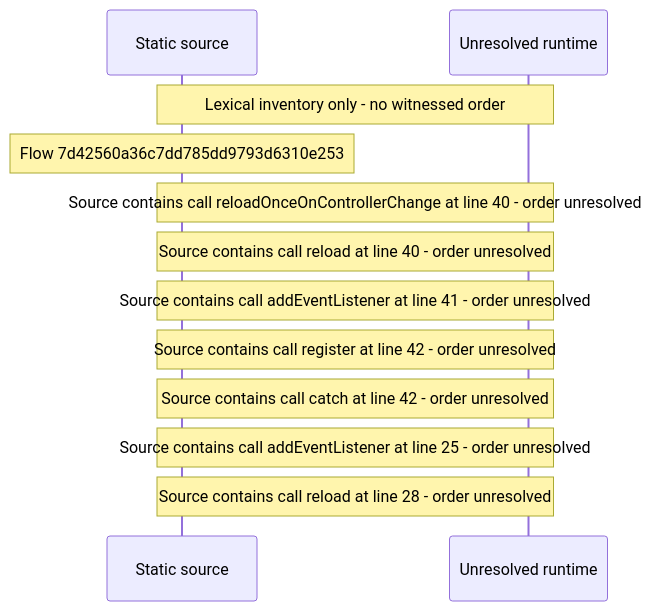
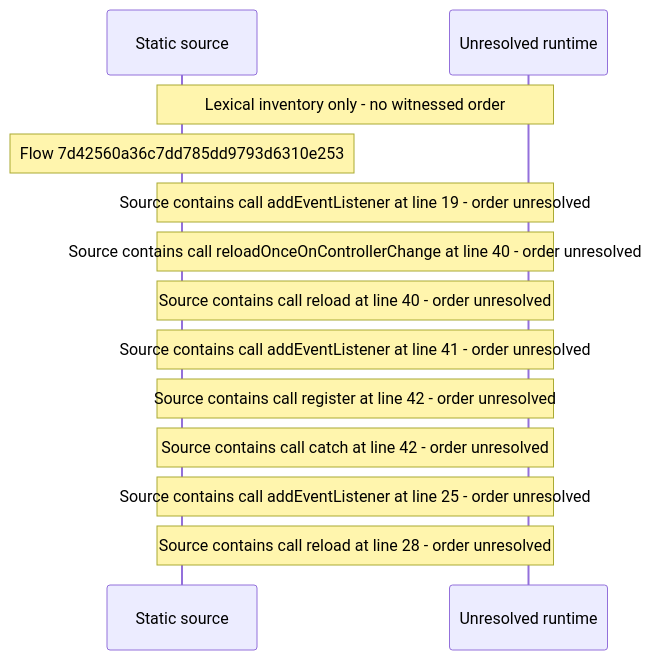
Before and after one commit to beamfall/core: the diagram in docs/web/flows/generated/7d42560a36c7dd785dd9793d6310e253/flow-diagram.md, drawn with Mermaid. The commit also changed other lines of this file and 707 other files, not shown here.

Commit message:
Regenerate the web flow record with flow generator version 6

````diff
--- a/docs/web/flows/generated/7d42560a36c7dd785dd9793d6310e253/flow-diagram.md
+++ b/docs/web/flows/generated/7d42560a36c7dd785dd9793d6310e253/flow-diagram.md
@@ -10,14 +10,15 @@
 ```mermaid
 sequenceDiagram
     participant S as Static source
     participant U as Unresolved runtime
     Note over S,U: Lexical inventory only - no witnessed order
     Note over S: Flow 7d42560a36c7dd785dd9793d6310e253
+    Note over S,U: Source contains call addEventListener at line 19 - order unresolved
     Note over S,U: Source contains call reloadOnceOnControllerChange at line 40 - order unresolved
     Note over S,U: Source contains call reload at line 40 - order unresolved
     Note over S,U: Source contains call addEventListener at line 41 - order unresolved
     Note over S,U: Source contains call register at line 42 - order unresolved
     Note over S,U: Source contains call catch at line 42 - order unresolved
     Note over S,U: Source contains call addEventListener at line 25 - order unresolved
     Note over S,U: Source contains call reload at line 28 - order unresolved
 ```
````
